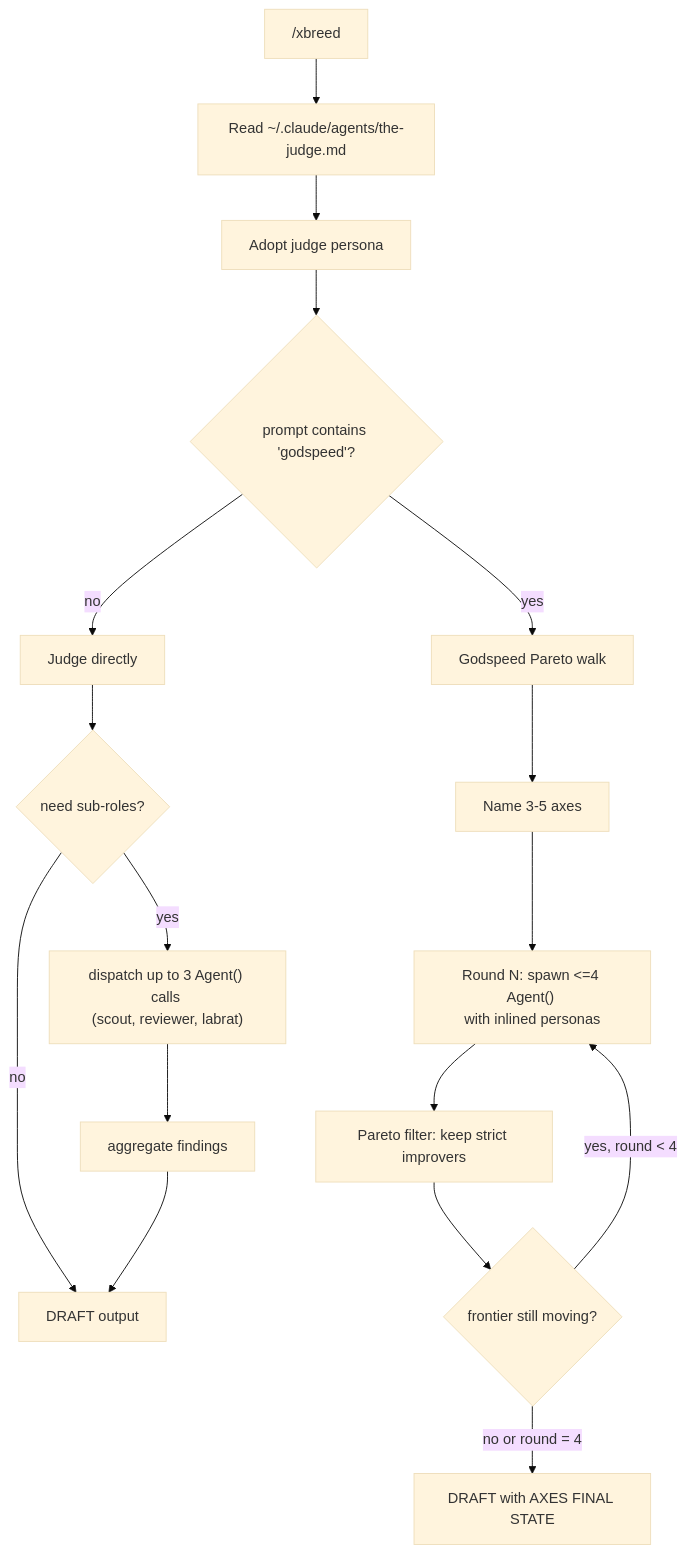
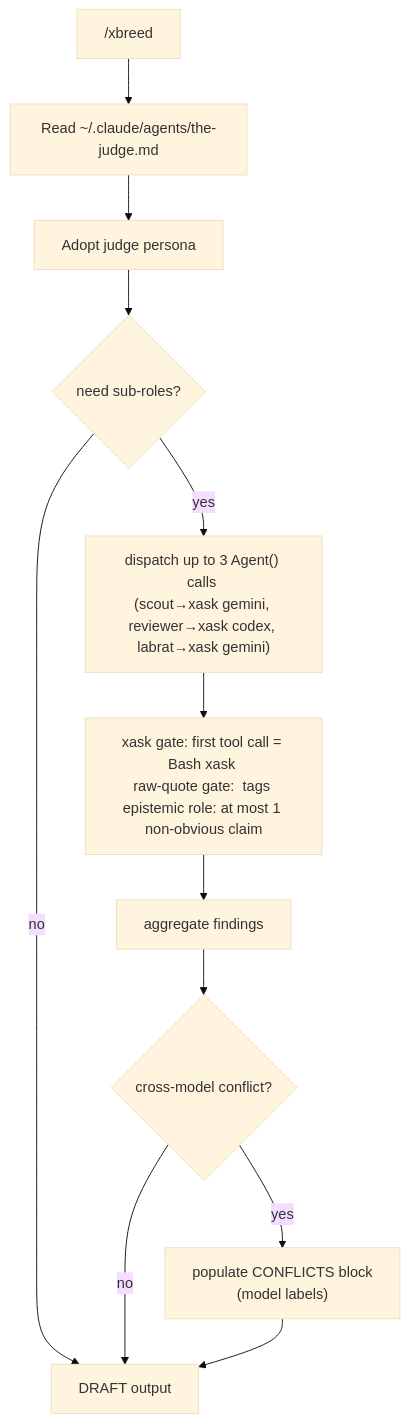
One commit to VeigaPunk/xbrd-gdsp-fknpft changed the seventh of 11 diagrams in docs/command-flows.md. Above: the diagram before and after it, drawn with Mermaid (base theme). The commit also changed other lines of this file and 8 other files, not shown here.

First line of the commit message:
feat(v0.4): 4-command split + xask protocol hardening + diagrams

````diff
--- a/docs/command-flows.md
+++ b/docs/command-flows.md
@@ -159,21 +169,14 @@
 ```mermaid
 flowchart TD
     A["/xbreed <prompt>"] --> B["Read ~/.claude/agents/the-judge.md"]
     B --> C[Adopt judge persona]
-    C --> D{prompt contains 'godspeed'?}
-
-    D -->|no| E[Judge directly]
-    E --> F{need sub-roles?}
-    F -->|yes| G["dispatch up to 3 Agent() calls \n(scout, reviewer, labrat)"]
-    F -->|no| H[DRAFT output]
-    G --> I[aggregate findings]
-    I --> H
-
-    D -->|yes| J[Godspeed Pareto walk]
-    J --> K[Name 3-5 axes]
-    K --> L["Round N: spawn <=4 Agent() \nwith inlined personas"]
-    L --> M[Pareto filter: keep strict improvers]
-    M --> N{frontier still moving?}
-    N -->|yes, round < 4| L
-    N -->|no or round = 4| O["DRAFT with AXES FINAL STATE"]
+    C --> E{need sub-roles?}
+    E -->|yes| F["dispatch up to 3 Agent() calls \n(scout→xask gemini, reviewer→xask codex, labrat→xask gemini)"]
+    E -->|no| G[DRAFT output]
+    F --> H["xask gate: first tool call = Bash xask \nraw-quote gate: <raw_output> tags \nepistemic role: at most 1 non-obvious claim"]
+    H --> I[aggregate findings]
+    I --> J{"cross-model conflict?"}
+    J -->|yes| K["populate CONFLICTS block \n(model labels)"]
+    J -->|no| G
+    K --> G
 ```
````
